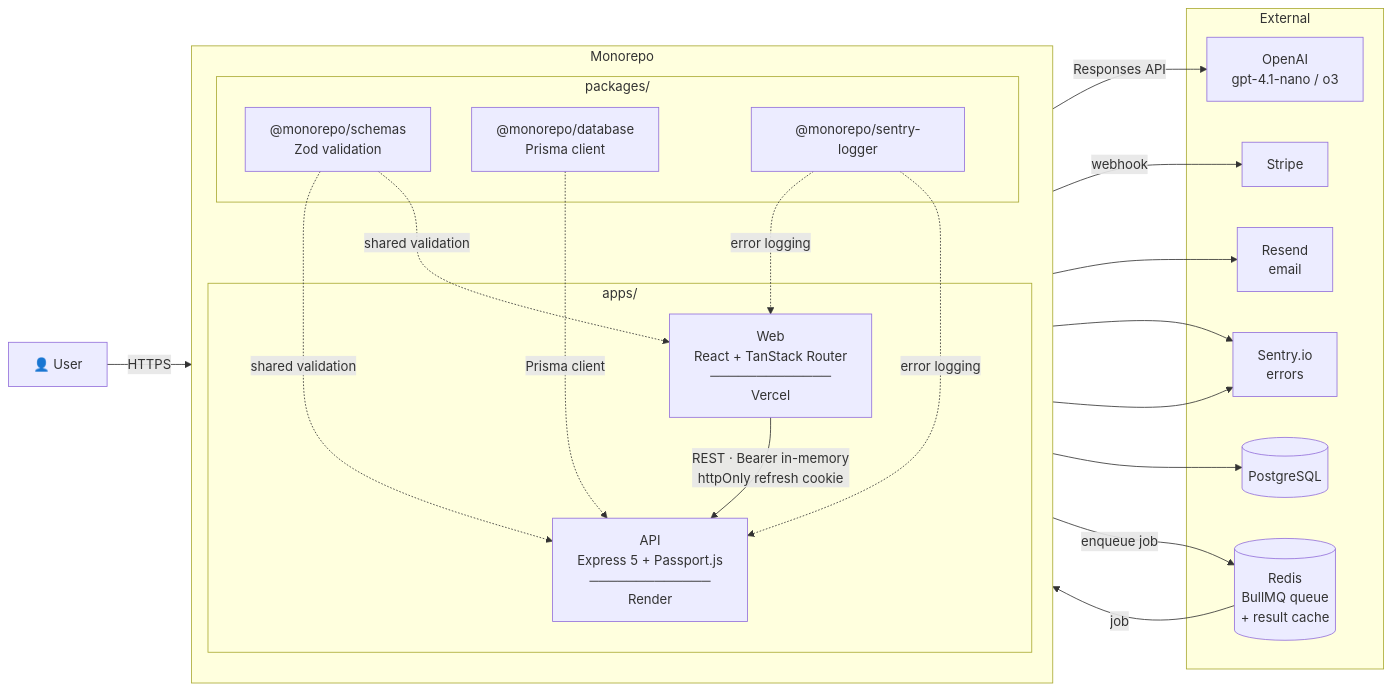
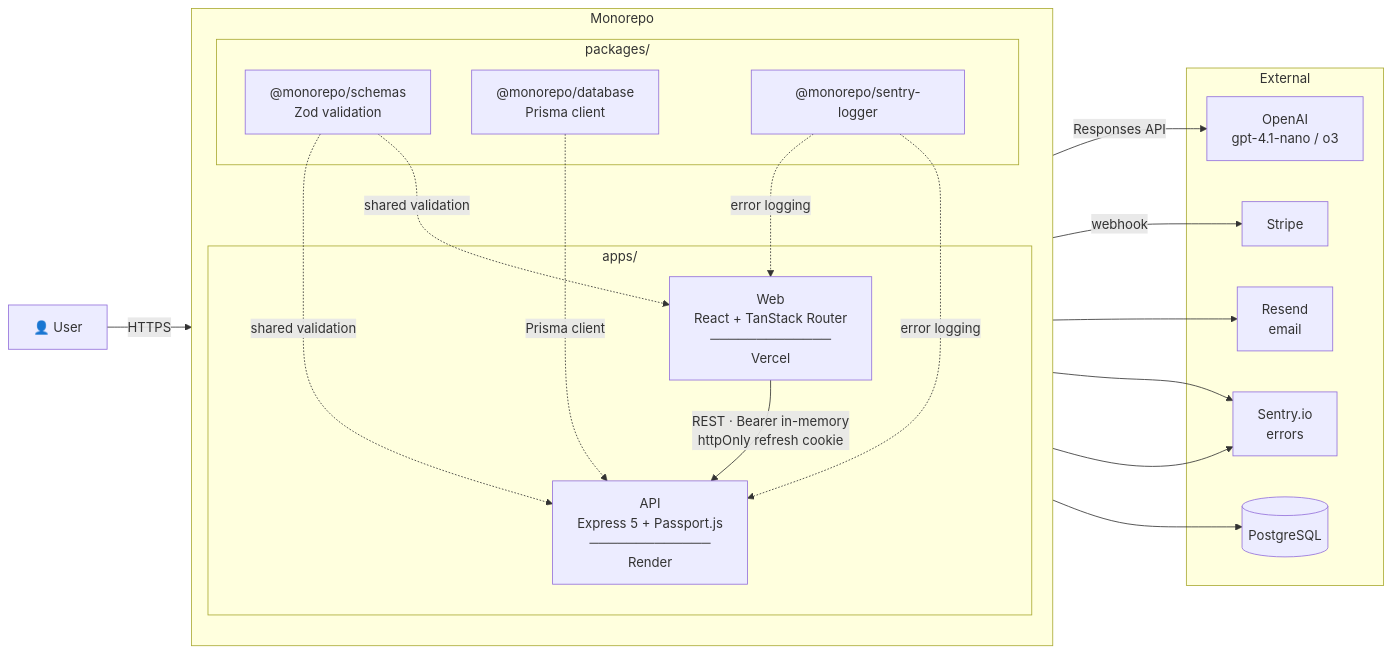
The first of 3 diagrams in README.md (Patrykbarc/ats-resume-analyzer), drawn with Mermaid before and after one commit. The commit also changed other lines of this file, not shown here.

````diff
--- a/README.md
+++ b/README.md
@@ -52,43 +52,40 @@
 ```mermaid
 flowchart LR
   User["👤 User"]
 
   subgraph Monorepo
     direction TB
     subgraph apps["apps/"]
       Web["Web\nReact + TanStack Router\n─────────────\nVercel"]
       API["API\nExpress 5 + Passport.js\n─────────────\nRender"]
     end
     subgraph packages["packages/"]
       Schemas["@monorepo/schemas\nZod validation"]
       Database["@monorepo/database\nPrisma client"]
       Sentry["@monorepo/sentry-logger"]
     end
   end
 
   subgraph External
     OpenAI["OpenAI\ngpt-4.1-nano / o3"]
     Stripe["Stripe"]
     Resend["Resend\nemail"]
     SentryIO["Sentry.io\nerrors"]
     DB[("PostgreSQL")]
-    Redis[("Redis\nBullMQ queue\n+ result cache")]
   end
 
   User -->|"HTTPS"| Web
   Web -->|"REST · Bearer in-memory\nhttpOnly refresh cookie"| API
   API --> DB
   API -->|"Responses API"| OpenAI
   API -->|"webhook"| Stripe
   API --> Resend
   API --> SentryIO
   Web --> SentryIO
-  API -->|"enqueue job"| Redis
-  Redis -->|"job"| API
 
   Schemas -. "shared validation" .-> Web
   Schemas -. "shared validation" .-> API
   Database -. "Prisma client" .-> API
   Sentry -. "error logging" .-> API
   Sentry -. "error logging" .-> Web
 ```
````
